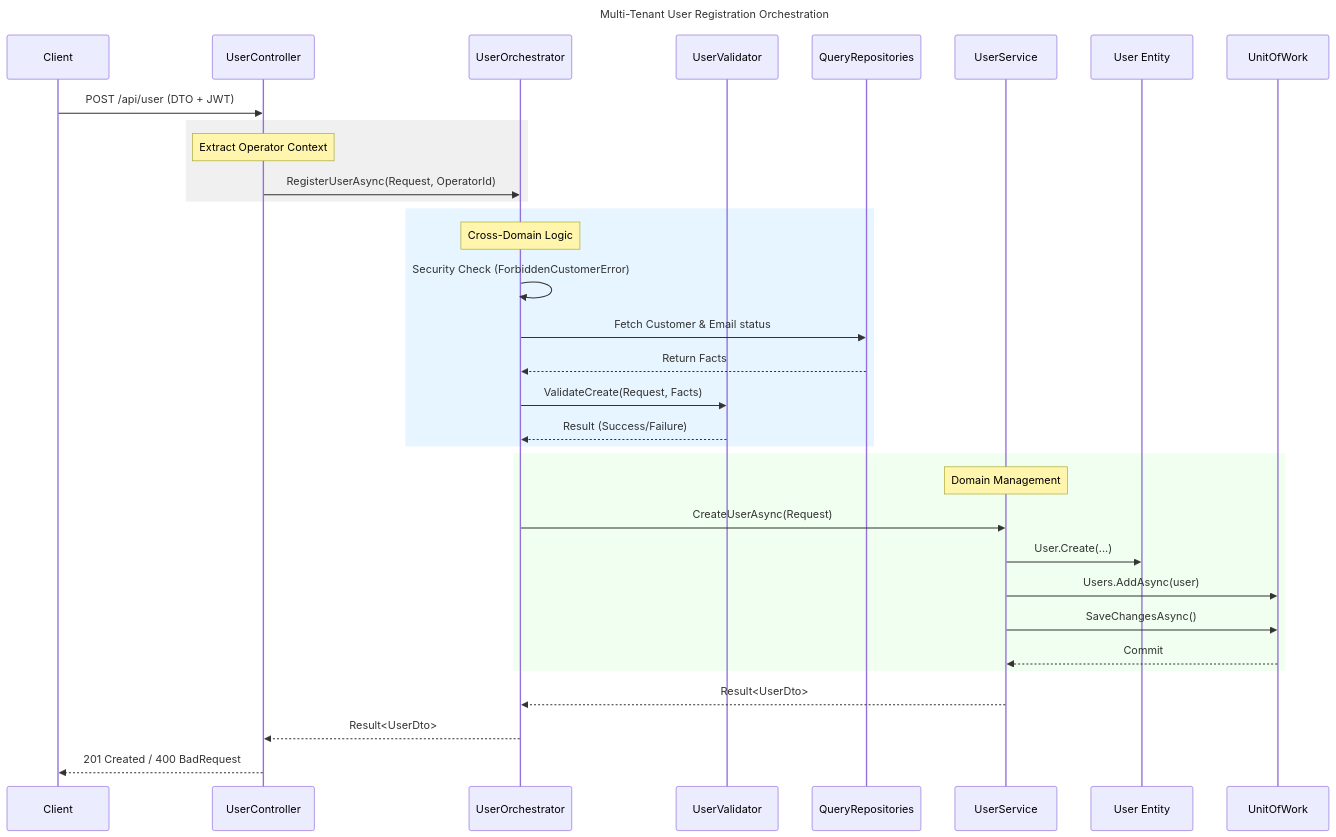
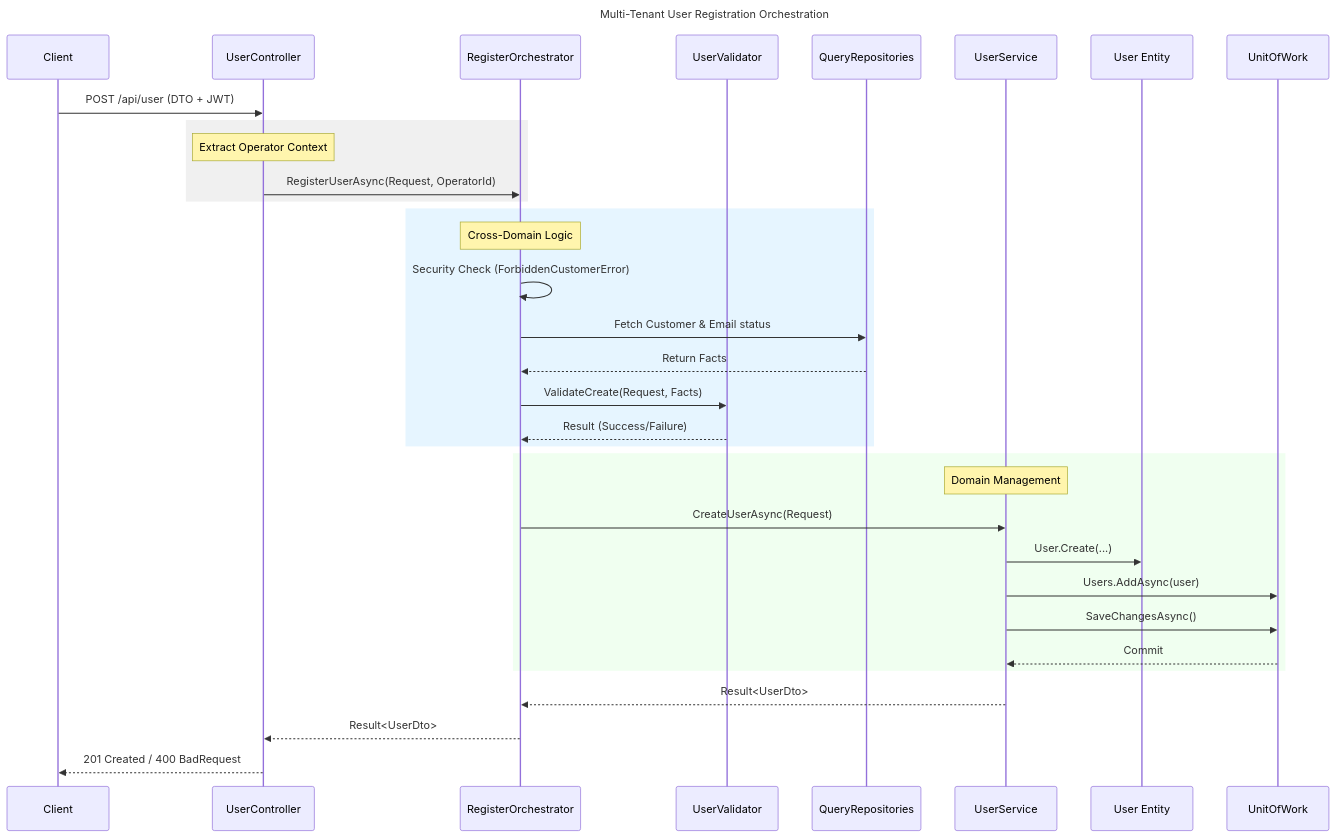
One commit to fernandoprass/modular-system changed the diagram in IAM/docs/folder-structure.md. Above: the diagram before and after it, drawn with Mermaid. The commit also changed other lines of this file and 9 other files, not shown here.

Commit message:
Rename UserOrchestrator to RegisterOrchestrator

````diff
--- a/IAM/docs/folder-structure.md
+++ b/IAM/docs/folder-structure.md
@@ -109,43 +109,43 @@
 ```mermaid
 sequenceDiagram
     title: Multi-Tenant User Registration Orchestration
     participant Client
     participant Client
     participant UserController
-    participant UserOrchestrator
+    participant RegisterOrchestrator
     participant UserValidator
     participant QueryRepo as QueryRepositories
     participant UserService
     participant Domain as User Entity
     participant UoW as UnitOfWork
 
     Client->>UserController: POST /api/user (DTO + JWT)
     
     rect rgb(240, 240, 240)
     Note over UserController: Extract Operator Context
-    UserController->>UserOrchestrator: RegisterUserAsync(Request, OperatorId)
+    UserController->>RegisterOrchestrator: RegisterUserAsync(Request, OperatorId)
     end
 
     rect rgb(230, 245, 255)
-    Note over UserOrchestrator: Cross-Domain Logic
-    UserOrchestrator->>UserOrchestrator: Security Check (ForbiddenCustomerError)
-    UserOrchestrator->>QueryRepo: Fetch Customer & Email status
-    QueryRepo-->>UserOrchestrator: Return Facts
+    Note over RegisterOrchestrator: Cross-Domain Logic
+    RegisterOrchestrator->>RegisterOrchestrator: Security Check (ForbiddenCustomerError)
+    RegisterOrchestrator->>QueryRepo: Fetch Customer & Email status
+    QueryRepo-->>RegisterOrchestrator: Return Facts
     
-    UserOrchestrator->>UserValidator: ValidateCreate(Request, Facts)
-    UserValidator-->>UserOrchestrator: Result (Success/Failure)
+    RegisterOrchestrator->>UserValidator: ValidateCreate(Request, Facts)
+    UserValidator-->>RegisterOrchestrator: Result (Success/Failure)
     end
 
     rect rgb(240, 255, 240)
     Note over UserService: Domain Management
-    UserOrchestrator->>UserService: CreateUserAsync(Request)
+    RegisterOrchestrator->>UserService: CreateUserAsync(Request)
     UserService->>Domain: User.Create(...)
     UserService->>UoW: Users.AddAsync(user)
     UserService->>UoW: SaveChangesAsync()
     UoW-->>UserService: Commit
     end
 
-    UserService-->>UserOrchestrator: Result<UserDto>
-    UserOrchestrator-->>UserController: Result<UserDto>
+    UserService-->>RegisterOrchestrator: Result<UserDto>
+    RegisterOrchestrator-->>UserController: Result<UserDto>
     UserController-->>Client: 201 Created / 400 BadRequest
 ```
````
